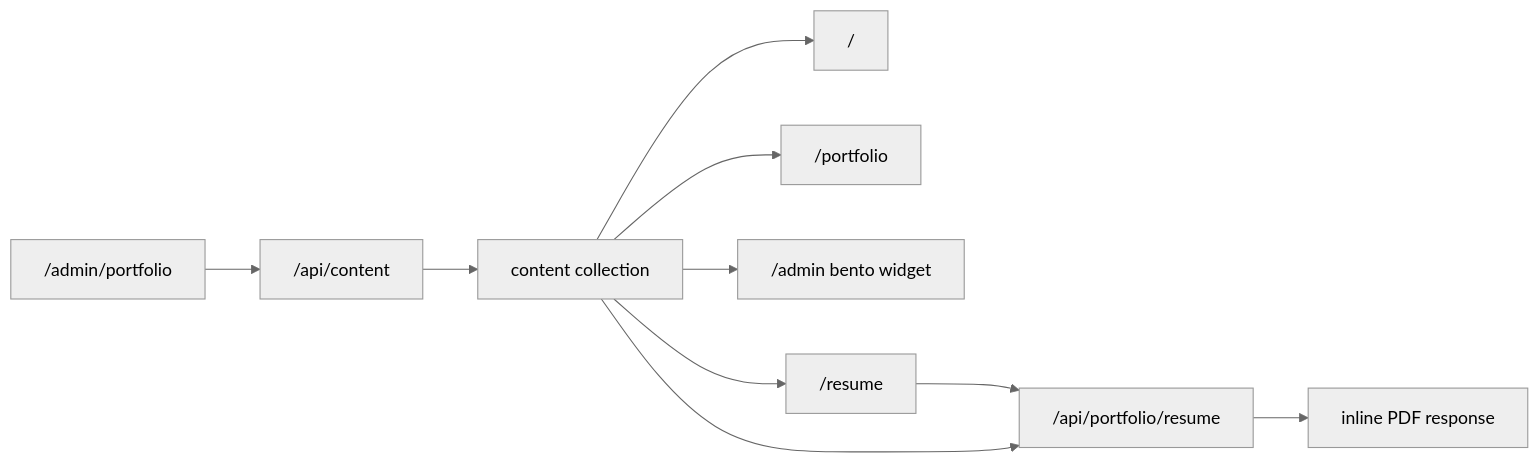
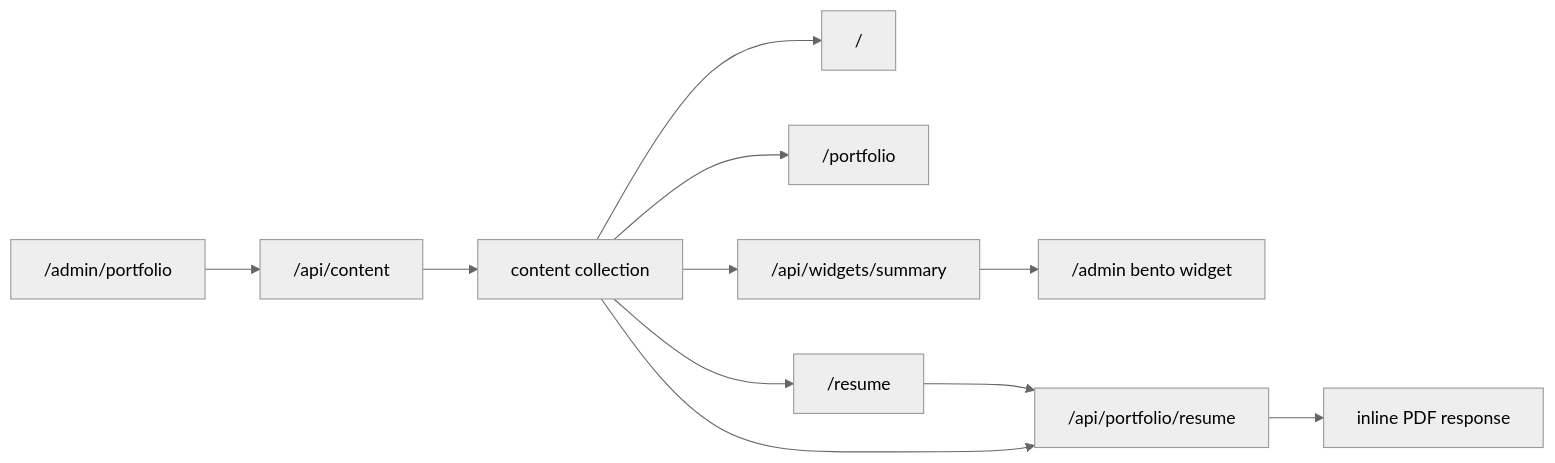
Before and after one commit to manthanmtg/LifeOS: the diagram in src/modules/portfolio/README.md, drawn with Mermaid (neutral theme). The commit also changed other lines of this file and 1 other file, not shown here.

First line of the commit message:
docs(portfolio): note widget summary data flow

````diff
--- a/src/modules/portfolio/README.md
+++ b/src/modules/portfolio/README.md
@@ -72,12 +75,13 @@
 ```mermaid
 flowchart LR
   Admin["/admin/portfolio"] --> ContentAPI["/api/content"]
   ContentAPI --> Content["content collection"]
   Content --> PublicHome["/"]
   Content --> PublicModule["/portfolio"]
-  Content --> Widget["/admin bento widget"]
+  Content --> WidgetSummary["/api/widgets/summary"]
+  WidgetSummary --> Widget["/admin bento widget"]
   Content --> ResumePage["/resume"]
   ResumePage --> ResumeAPI["/api/portfolio/resume"]
   Content --> ResumeAPI
   ResumeAPI --> Browser["inline PDF response"]
 ```
````
